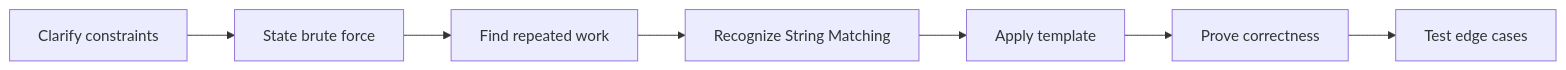
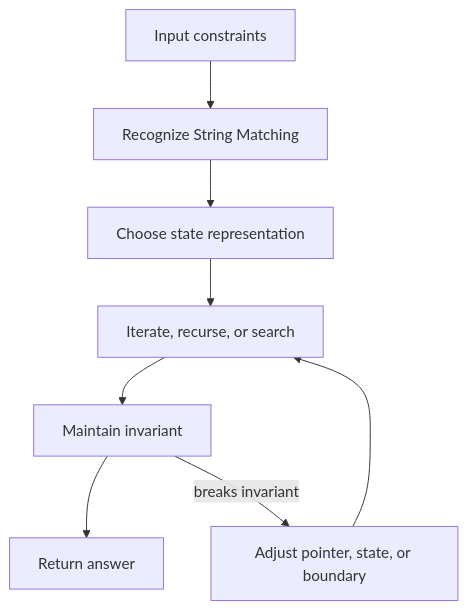
The second of 2 diagrams in coding-round/algorithms/string-matching/index.md (abstractinterviews/abstractinterviews.github.io), drawn with Mermaid before and after one commit. The commit also changed other lines of this file and 278 other files, not shown here.

````diff
--- a/coding-round/algorithms/string-matching/index.md
+++ b/coding-round/algorithms/string-matching/index.md
@@ -123,9 +121,10 @@
-~~~mermaid
-flowchart LR
-    A["Clarify constraints"] --> B["State brute force"]
-    B --> C["Find repeated work"]
-    C --> D["Recognize String Matching"]
-    D --> E["Apply template"]
-    E --> F["Prove correctness"]
-    F --> G["Test edge cases"]
-~~~
+```mermaid
+flowchart TD
+    Input["Input constraints"] --> Pattern["Recognize String Matching"]
+    Pattern --> State["Choose state representation"]
+    State --> Iterate["Iterate, recurse, or search"]
+    Iterate --> Check["Maintain invariant"]
+    Check --> Result["Return answer"]
+    Check -->|breaks invariant| Fix["Adjust pointer, state, or boundary"]
+    Fix --> Iterate
+```
````
